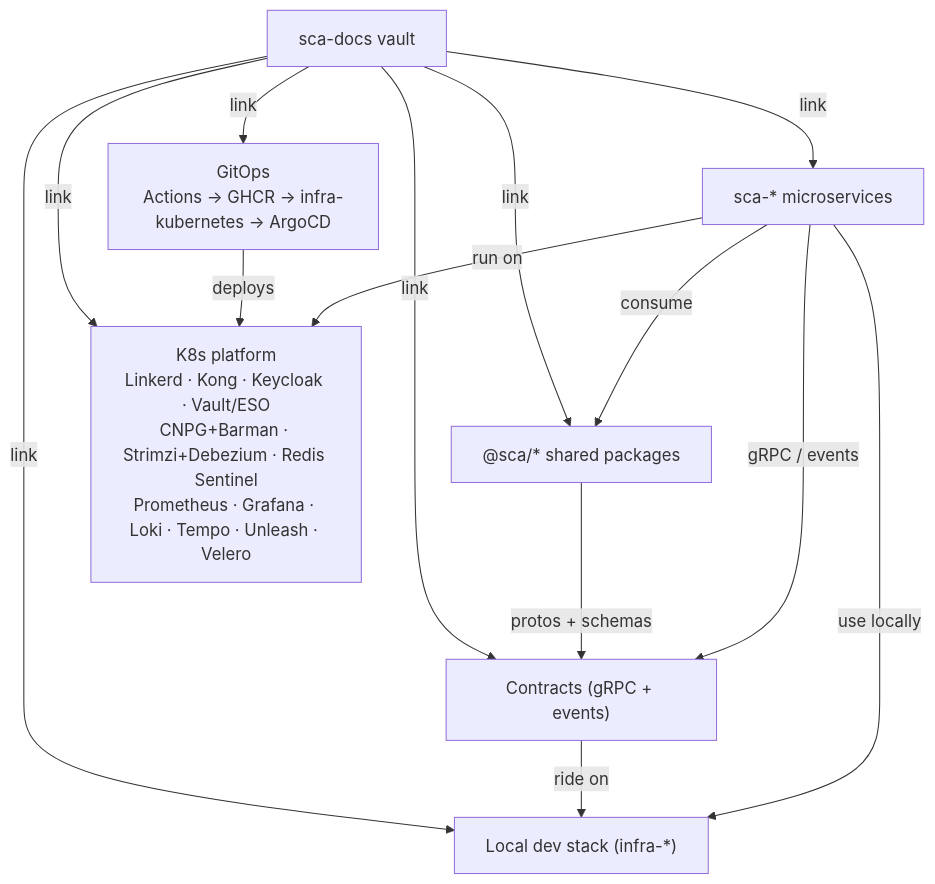
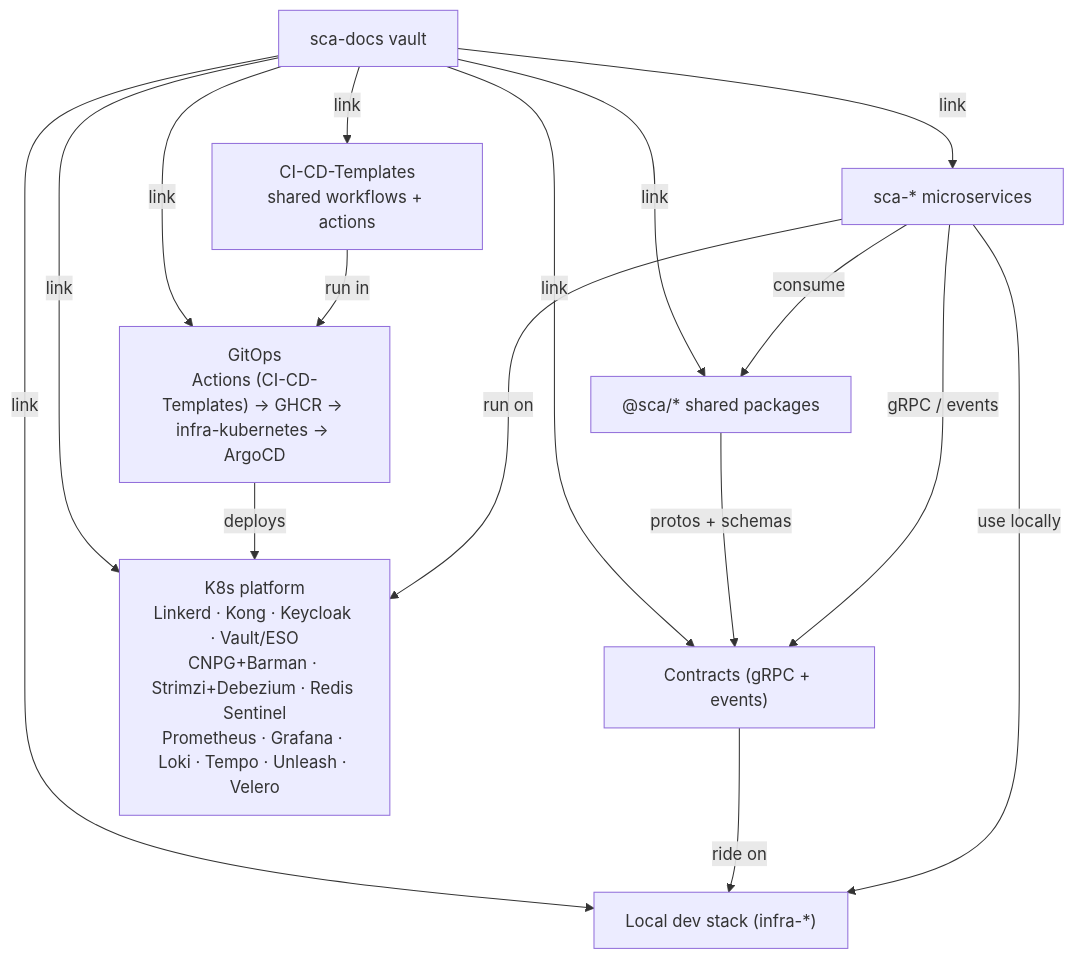
The diagram in 00-ecosystem/ecosystem-overview.md (sca-templates/sca-docs), drawn with Mermaid before and after one commit. The commit also changed other lines of this file and 19 other files, not shown here.

First line of the commit message:
ci: adopt shared CI/CD templates and document promote/pin model (#1)

````diff
--- a/00-ecosystem/ecosystem-overview.md
+++ b/00-ecosystem/ecosystem-overview.md
@@ -19,19 +19,21 @@
 ```mermaid
 flowchart TB
     SVC["sca-* microservices"]
     SCM["@sca/* shared packages"]
     CTR["Contracts (gRPC + events)"]
     INF["Local dev stack (infra-*)"]
     PLT["K8s platform<br>Linkerd · Kong · Keycloak · Vault/ESO<br>CNPG+Barman · Strimzi+Debezium · Redis Sentinel<br>Prometheus · Grafana · Loki · Tempo · Unleash · Velero"]
-    GIT["GitOps<br>Actions → GHCR → infra-kubernetes → ArgoCD"]
+    GIT["GitOps<br>Actions (CI-CD-Templates) → GHCR → infra-kubernetes → ArgoCD"]
+    CICD["CI-CD-Templates<br>shared workflows + actions"]
     DOC["sca-docs vault"]
 
     SVC -- "gRPC / events" --> CTR
     SVC -- "consume" --> SCM
     SCM -- "protos + schemas" --> CTR
     SVC -- "use locally" --> INF
     CTR -- "ride on" --> INF
     SVC -- "run on" --> PLT
     GIT -- "deploys" --> PLT
-    DOC -- "link" --> SVC & SCM & CTR & INF & PLT & GIT
+    CICD -- "run in" --> GIT
+    DOC -- "link" --> SVC & SCM & CTR & INF & PLT & GIT & CICD
 ```
````
